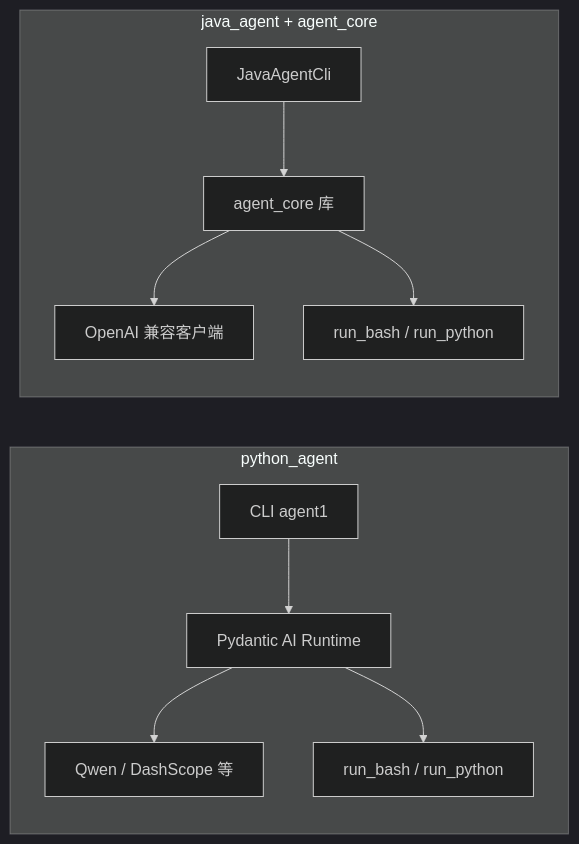
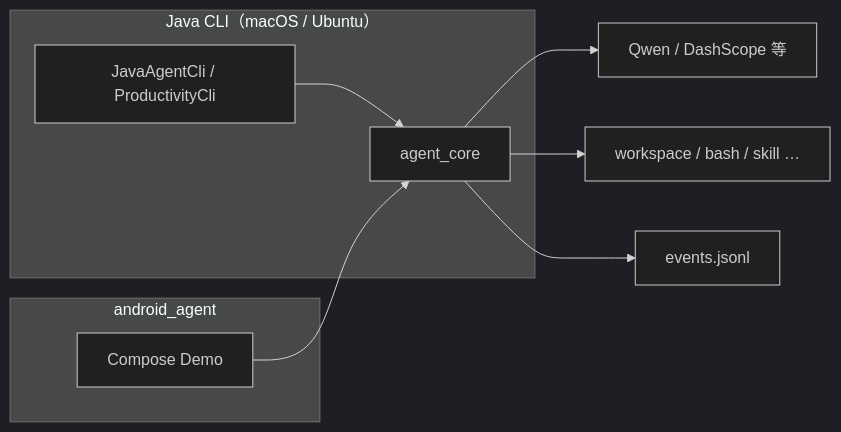
One commit to fengshihao/agent1 changed the diagram in README.md. Above: the diagram before and after it, drawn with Mermaid (dark theme). The commit also changed other lines of this file and 37 other files, not shown here.

First line of the commit message:
从 main 移除 Python CLI，仅保留 Java 与 Android

````diff
--- a/README.md
+++ b/README.md
@@ -168,18 +91,16 @@
 ```mermaid
 flowchart LR
-  subgraph Python["python_agent"]
-    PCLI[CLI agent1]
-    PAgent[Pydantic AI Runtime]
-    PCLI --> PAgent
-    PAgent --> PLLM[Qwen / DashScope 等]
-    PAgent --> PTools[run_bash / run_python]
+  subgraph Desktop["Java CLI（macOS / Ubuntu）"]
+    CLI[JavaAgentCli / ProductivityCli]
+    CLI --> Core[agent_core]
   end
 
-  subgraph Java["java_agent + agent_core"]
-    JCLI[JavaAgentCli]
-    JCore[agent_core 库]
-    JCLI --> JCore
-    JCore --> JLLM[OpenAI 兼容客户端]
-    JCore --> JTools[run_bash / run_python]
+  subgraph Mobile["android_agent"]
+    App[Compose Demo]
+    App --> Core
   end
+
+  Core --> LLM[Qwen / DashScope 等]
+  Core --> Tools[workspace / bash / skill …]
+  Core --> Events[events.jsonl]
 ```
````
